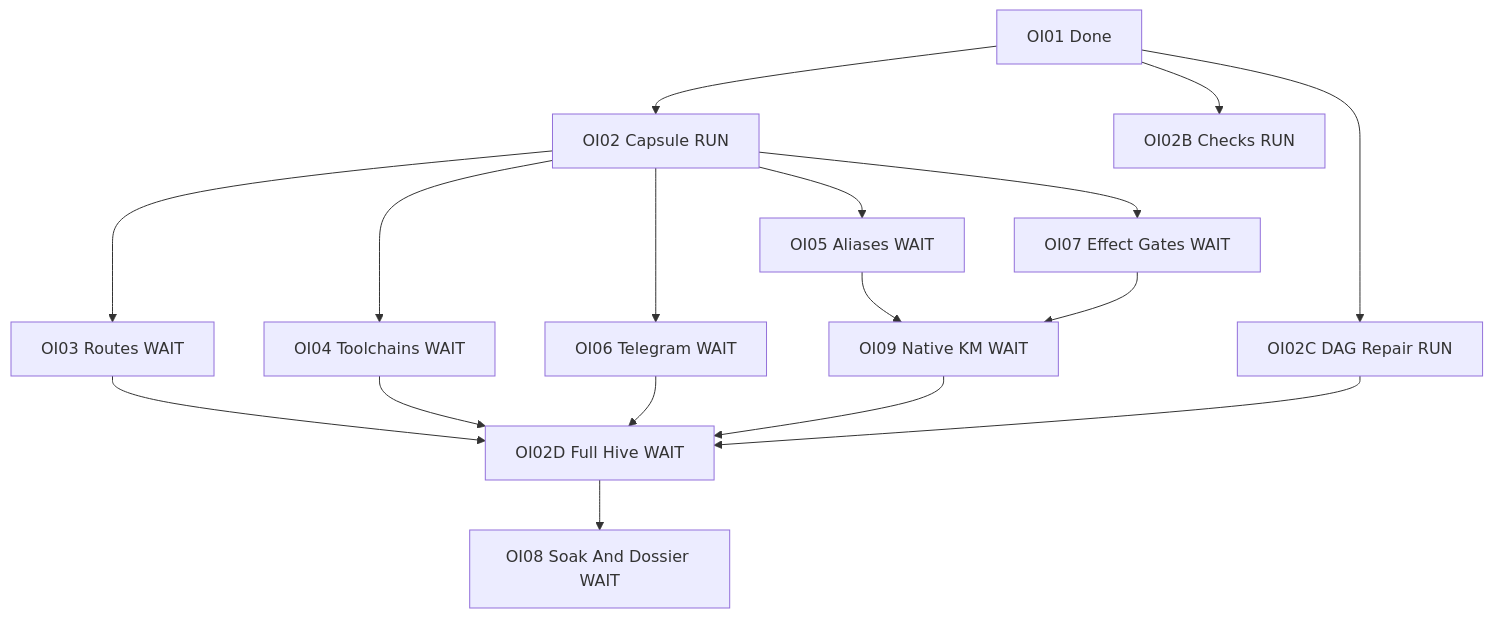
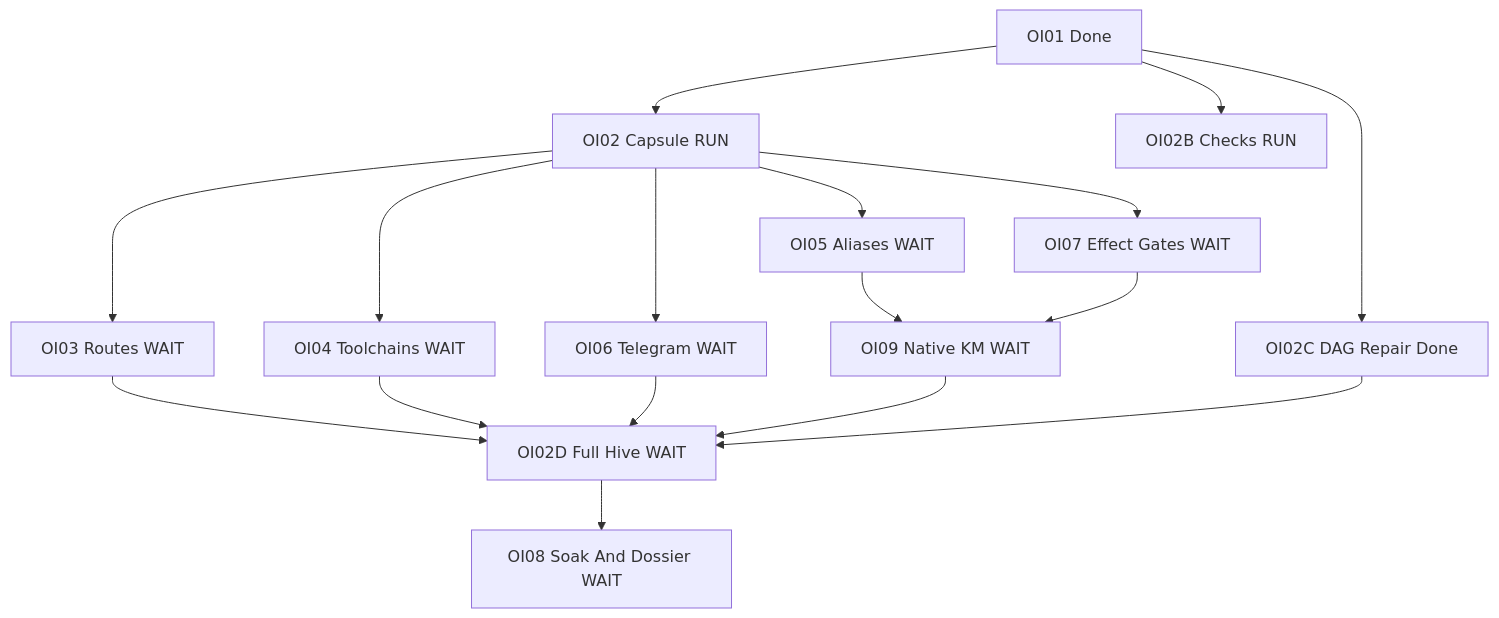
Before and after one commit to Anaik7799/uos: the diagram in docs/design/20261031-1908-full-hive-outstanding-task-graph.md, drawn with Mermaid. The commit also changed other lines of this file and 6 other files, not shown here.

````diff
--- a/docs/design/20261031-1908-full-hive-outstanding-task-graph.md
+++ b/docs/design/20261031-1908-full-hive-outstanding-task-graph.md
@@ -30,19 +30,19 @@
 ```mermaid
 flowchart TD
  O1[OI01 Done] --> O2[OI02 Capsule RUN]
  O1 --> B[OI02B Checks RUN]
- O1 --> C[OI02C DAG Repair RUN]
+ O1 --> C[OI02C DAG Repair Done]
  O2 --> O3[OI03 Routes WAIT]
  O2 --> O4[OI04 Toolchains WAIT]
  O2 --> O5[OI05 Aliases WAIT]
  O2 --> O6[OI06 Telegram WAIT]
  O2 --> O7[OI07 Effect Gates WAIT]
  O5 --> O9[OI09 Native KM WAIT]
  O7 --> O9
  O3 --> D[OI02D Full Hive WAIT]
  O4 --> D
  O6 --> D
  O9 --> D
  C --> D
  D --> O8[OI08 Soak And Dossier WAIT]
 ```
````
